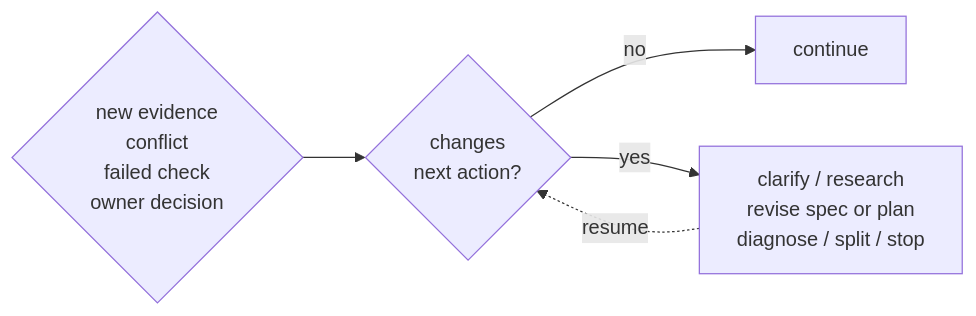
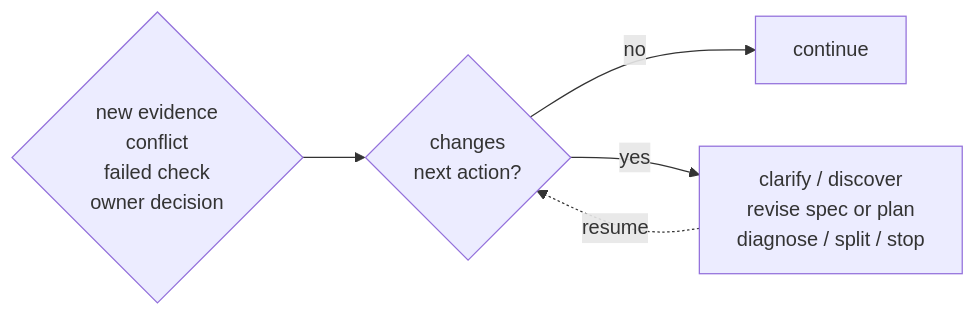
One commit to hassan-mohiddin/freeflow changed the second of 2 diagrams in plugins/freeflow/docs/workflow.md. Above: the diagram before and after it, drawn with Mermaid. The commit also changed other lines of this file and 51 other files, not shown here.

````diff
--- a/plugins/freeflow/docs/workflow.md
+++ b/plugins/freeflow/docs/workflow.md
@@ -38,12 +38,12 @@
 ```mermaid
 flowchart LR
   Trigger{new evidence<br/>conflict<br/>failed check<br/>owner decision}
   Decide{changes<br/>next action?}
   Continue[continue]
-  Reenter[clarify / research<br/>revise spec or plan<br/>diagnose / split / stop]
+  Reenter[clarify / discover<br/>revise spec or plan<br/>diagnose / split / stop]
 
   Trigger --> Decide
   Decide -->|no| Continue
   Decide -->|yes| Reenter
   Reenter -. resume .-> Decide
 ```
````
